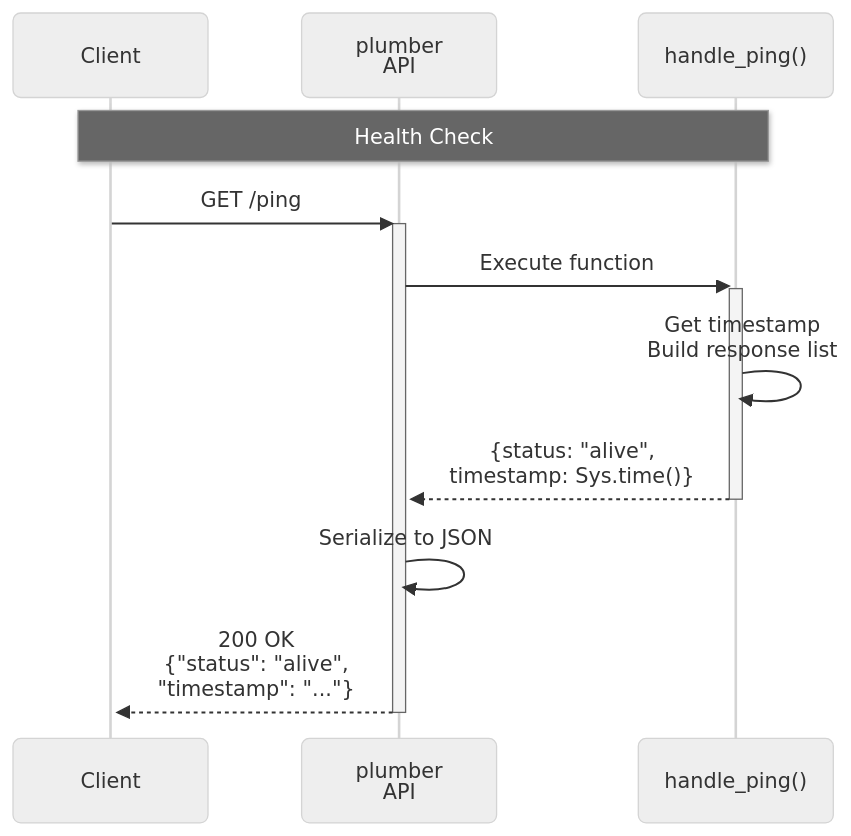
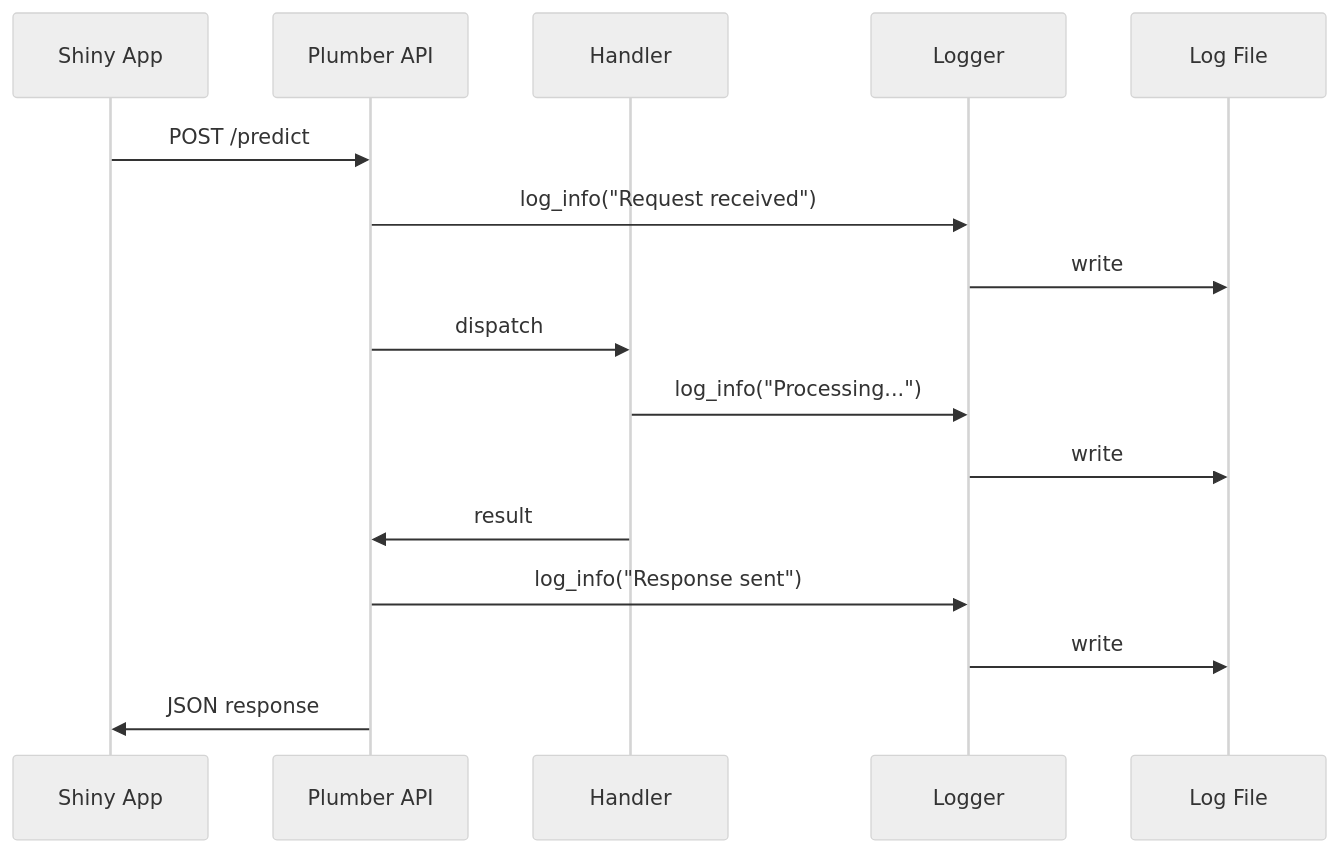
One commit to mjfrigaard/mjfrigaard.github.io changed the third of 4 diagrams in posts/shiny-plumber/index.qmd. Above: the diagram before and after it, drawn with Mermaid. The commit also changed other lines of this file and 32 other files, not shown here.

````diff
--- a/posts/shiny-plumber/index.qmd
+++ b/posts/shiny-plumber/index.qmd
@@ -403,30 +375,26 @@
 ```{mermaid}
-%%| fig-align: center
+%%| eval: true
 %%| echo: false
-%%| fig-cap: 'health check'
-%%{init: {'theme': 'neutral', 'look': 'neo', 'themeVariables': { 'fontFamily': 'monospace', "fontSize":"18px"}}}%%
-  
+%%| fig-align: 'center'
+%%| fig-cap: 'Logging Flow in plumber2'
+%%{init: {'theme': 'neutral', 'themeVariables': {'fontFamily': 'monospace', 'darkMode': true}}}%%
+
 sequenceDiagram
-    participant Client
-    participant API as plumber<br>API
-    participant Handler as handle_ping()
-    
-    Note over Client,Handler: Health Check
-    
-    Client->>API: GET /ping
-    activate API
-    
-    API->>Handler: Execute function
-    activate Handler
-    
-    Handler->>Handler: Get timestamp<br/>Build response list
-    
-    Handler-->>API: {status: "alive",<br/>timestamp: Sys.time()}
-    deactivate Handler
-    
-    API->>API: Serialize to JSON
-    
-    API-->>Client: 200 OK<br/>{"status": "alive",<br/>"timestamp": "..."}
-    deactivate API
+    participant Shiny as Shiny App
+    participant API as Plumber API
+    participant Handler as Handler
+    participant Log as Logger
+    participant File as Log File
+
+    Shiny->>API: POST /predict
+    API->>Log: log_info("Request received")
+    Log->>File: write
+    API->>Handler: dispatch
+    Handler->>Log: log_info("Processing...")
+    Log->>File: write
+    Handler->>API: result
+    API->>Log: log_info("Response sent")
+    Log->>File: write
+    API->>Shiny: JSON response
     
 ```
````
